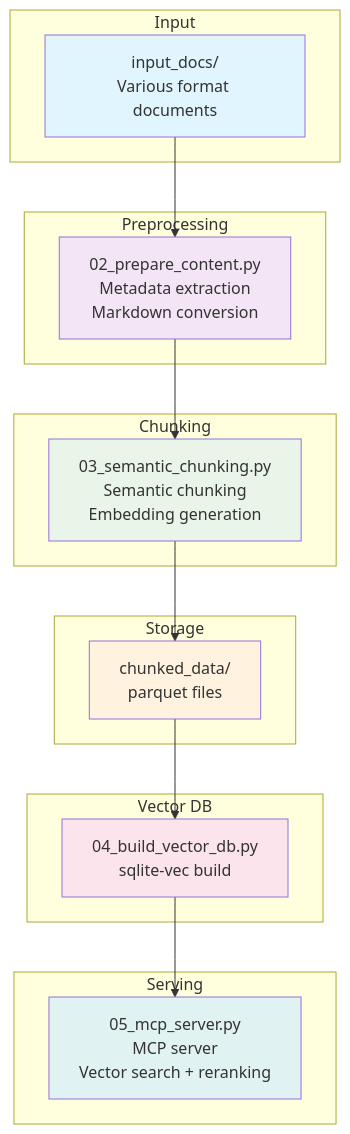
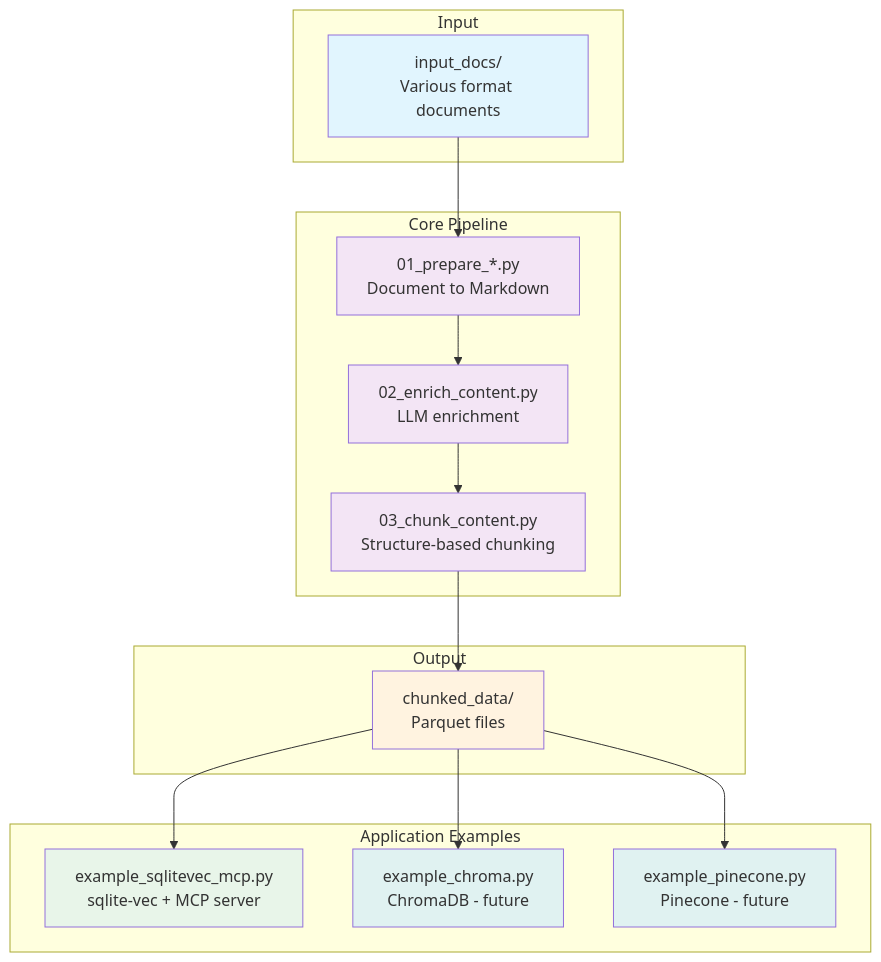
Before and after one commit to rkttu/reconsidered_rag: the diagram in IMPLEMENTATION.md, drawn with Mermaid. The commit also changed other lines of this file and 13 other files, not shown here.

````diff
--- a/IMPLEMENTATION.md
+++ b/IMPLEMENTATION.md
@@ -11,39 +25,39 @@
 ```mermaid
 flowchart TD
     subgraph "Input"
         A[input_docs/<br/>Various format documents]
     end
     
-    subgraph "Preprocessing"
-        B[02_prepare_content.py<br/>Metadata extraction<br/>Markdown conversion]
+    subgraph "Core Pipeline"
+        B[01_prepare_*.py<br/>Document to Markdown]
+        C[02_enrich_content.py<br/>LLM enrichment]
+        D[03_chunk_content.py<br/>Structure-based chunking]
     end
     
-    subgraph "Chunking"
-        C[03_semantic_chunking.py<br/>Semantic chunking<br/>Embedding generation]
+    subgraph "Output"
+        E[chunked_data/<br/>Parquet files]
     end
     
-    subgraph "Storage"
-        D[chunked_data/<br/>parquet files]
-    end
-    
-    subgraph "Vector DB"
-        E[04_build_vector_db.py<br/>sqlite-vec build]
-    end
-    
-    subgraph "Serving"
-        F[05_mcp_server.py<br/>MCP server<br/>Vector search + reranking]
+    subgraph "Application Examples"
+        F[example_sqlitevec_mcp.py<br/>sqlite-vec + MCP server]
+        G[example_chroma.py<br/>ChromaDB - future]
+        H[example_pinecone.py<br/>Pinecone - future]
     end
     
     A --> B
     B --> C
     C --> D
     D --> E
     E --> F
+    E --> G
+    E --> H
     
     style A fill:#e1f5fe
     style B fill:#f3e5f5
-    style C fill:#e8f5e8
-    style D fill:#fff3e0
-    style E fill:#fce4ec
-    style F fill:#e0f2f1
+    style C fill:#f3e5f5
+    style D fill:#f3e5f5
+    style E fill:#fff3e0
+    style F fill:#e8f5e9
+    style G fill:#e0f2f1
+    style H fill:#e0f2f1
 ```
````
